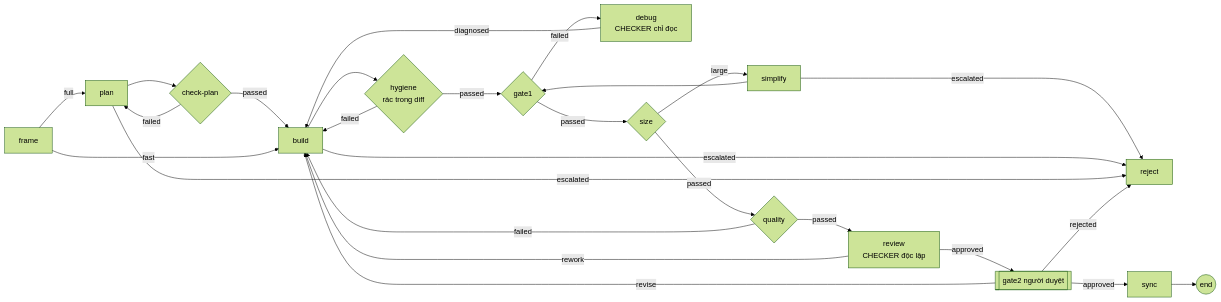
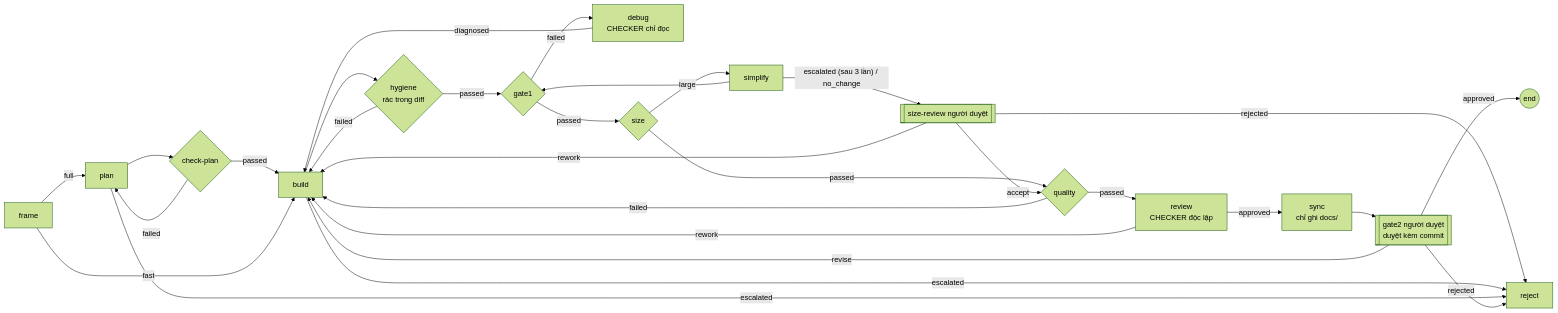
One commit to draculemihawk123-ai/aw-tqunglnh changed the first of 3 diagrams in kit/README.md. Above: the diagram before and after it, drawn with Mermaid (forest theme). The commit also changed other lines of this file and 495 other files, not shown here.

````diff
--- a/kit/README.md
+++ b/kit/README.md
@@ -101,25 +101,28 @@
 ```mermaid
 flowchart LR
   F[frame] -->|full| P[plan] --> CP{check-plan}
   CP -->|failed| P
   CP -->|passed| B[build]
   F -->|fast| B
   B --> H{hygiene<br/>rác trong diff}
   H -->|failed| B
   H -->|passed| G1{gate1}
   G1 -->|failed| D[debug<br/>CHECKER chỉ đọc]
   D -->|diagnosed| B
   G1 -->|passed| SZ{size}
   SZ -->|large| SM[simplify] --> G1
   SZ -->|passed| Q{quality}
-  SM -->|escalated| X
+  SM -->|"escalated (sau 3 lần) / no_change"| SR[[size-review người duyệt]]
+  SR -->|accept| Q
+  SR -->|rework| B
+  SR -->|rejected| X
   Q -->|failed| B
   Q -->|passed| R[review<br/>CHECKER độc lập]
   R -->|rework| B
-  R -->|approved| G2[[gate2 người duyệt]]
+  R -->|approved| S[sync<br/>chỉ ghi docs/] --> G2[[gate2 người duyệt<br/>duyệt kèm commit]]
   G2 -->|revise| B
-  G2 -->|approved| S[sync] --> E((end))
+  G2 -->|approved| E((end))
   B -->|escalated| X[reject]
   P -->|escalated| X
   G2 -->|rejected| X
 ```
````
